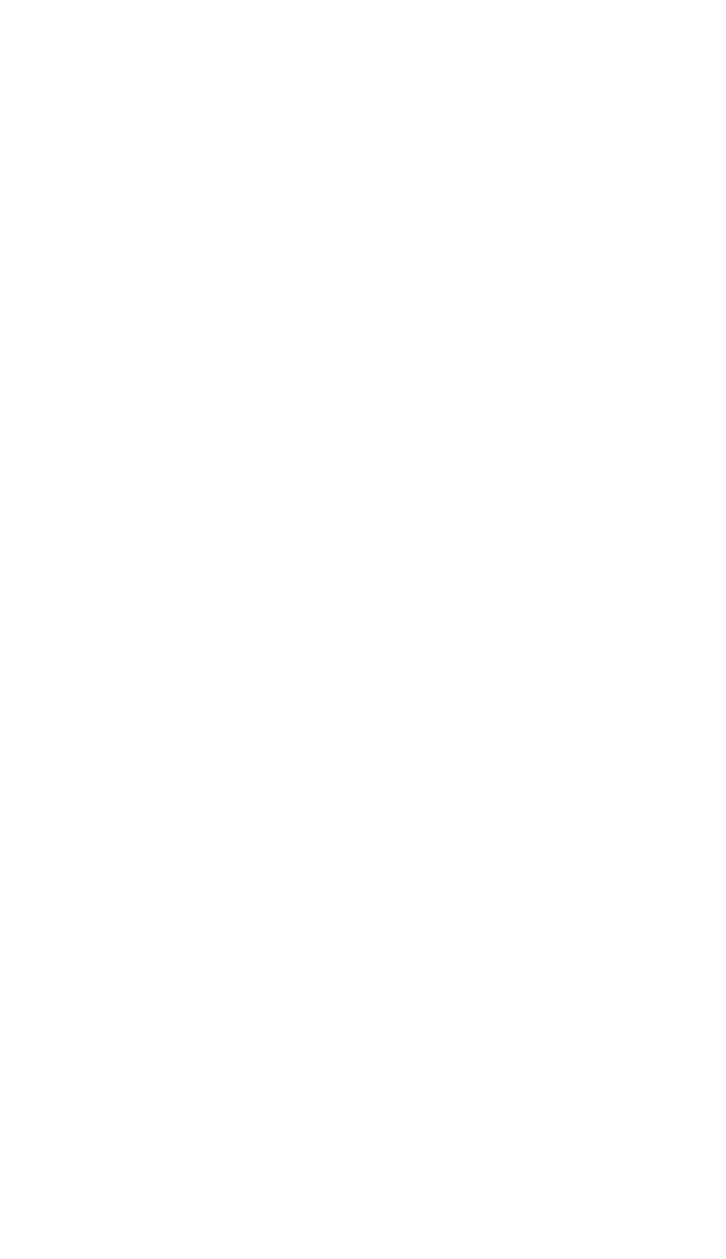
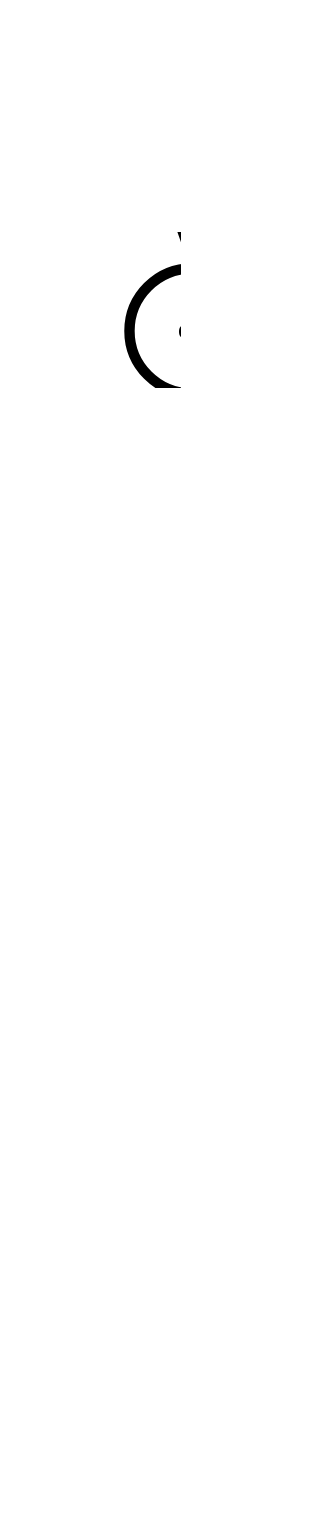
One commit to Cherrett/DFA-Learning-Toolkit changed the diagram in GO/Visualisation/test_topdown_ordered.dot. Above: the diagram before and after it, drawn with Graphviz. The commit also changed 21 other files, not shown here.

```diff
--- a/GO/Visualisation/test_topdown_ordered.dot
+++ b/GO/Visualisation/test_topdown_ordered.dot
@@ -1,25 +1,21 @@
 digraph g{
 	graph [dpi=300 ordering="out"];
 	margin=0;
 	null [style=invis];
-	q0 [label="q0" shape="circle" fontname=verdana fontsize=8 color="black" fontcolor="black" style="filled" fillcolor="white"];
+	q0 [label="q0" shape="circle" fontname=verdana fontsize=8 color="black" fontcolor="black" style="setlinewidth(3),filled" fillcolor="white"];
 	q1 [label="q1" shape="circle" peripheries=2 fontname=verdana fontsize=8 color="black" fontcolor="black" style="filled" fillcolor="white"];
-	q2 [label="q3" shape="circle" peripheries=2 fontname=verdana fontsize=8 color="black" fontcolor="black" style="filled" fillcolor="white"];
-	q3 [label="q2" shape="circle" fontname=verdana fontsize=8 color="black" fontcolor="black" style="filled" fillcolor="white"];
-	q4 [label="q5" shape="circle" fontname=verdana fontsize=8 color="black" fontcolor="black" style="filled" fillcolor="white"];
-	q5 [label="q9" shape="circle" peripheries=2 fontname=verdana fontsize=8 color="black" fontcolor="black" style="filled" fillcolor="white"];
-	q6 [label="q4" shape="circle" fontname=verdana fontsize=8 color="black" fontcolor="black" style="filled" fillcolor="white"];
-	q7 [label="q8" shape="circle" peripheries=2 fontname=verdana fontsize=8 color="black" fontcolor="black" style="filled" fillcolor="white"];
-	q8 [label="q6" shape="circle" peripheries=2 fontname=verdana fontsize=8 color="black" fontcolor="black" style="filled" fillcolor="white"];
-	q9 [label="q7" shape="circle" fontname=verdana fontsize=8 color="black" fontcolor="black" style="setlinewidth(3),filled" fillcolor="white"];
+	q2 [label="q2" shape="circle" fontname=verdana fontsize=8 color="black" fontcolor="black" style="setlinewidth(3),filled" fillcolor="white"];
+	q3 [label="q4" shape="circle" peripheries=2 fontname=verdana fontsize=8 color="black" fontcolor="black" style="filled" fillcolor="white"];
+	q4 [label="q6" shape="circle" fontname=verdana fontsize=8 color="black" fontcolor="black" style="setlinewidth(3),filled" fillcolor="white"];
+	q5 [label="q3" shape="circle" fontname=verdana fontsize=8 color="black" fontcolor="black" style="filled" fillcolor="white"];
+	q6 [label="q5" shape="circle" fontname=verdana fontsize=8 color="black" fontcolor="black" style="setlinewidth(3),filled" fillcolor="white"];
+	q7 [label="q7" shape="circle" peripheries=2 fontname=verdana fontsize=8 color="black" fontcolor="black" style="filled" fillcolor="white"];
 	null->q0;
-	q0->q1 [label="b" fontname=verdana fontsize=8];
-	q0->q3 [label="a" fontname=verdana fontsize=8];
-	q1->q2 [label="b" fontname=verdana fontsize=8];
-	q2->q8 [label="b" fontname=verdana fontsize=8];
-	q2->q9 [label="a" fontname=verdana fontsize=8];
-	q3->q6 [label="b" fontname=verdana fontsize=8];
-	q3->q4 [label="a" fontname=verdana fontsize=8];
-	q4->q5 [label="b" fontname=verdana fontsize=8];
-	q6->q7 [label="a" fontname=verdana fontsize=8];
+	q0->q1 [label="a" fontname=verdana fontsize=8];
+	q0->q2 [label="b" fontname=verdana fontsize=8];
+	q1->q5 [label="b" fontname=verdana fontsize=8];
+	q2->q3 [label="b" fontname=verdana fontsize=8];
+	q3->q4 [label="b" fontname=verdana fontsize=8];
+	q4->q7 [label="b" fontname=verdana fontsize=8];
+	q5->q6 [label="b" fontname=verdana fontsize=8];
 }
```
